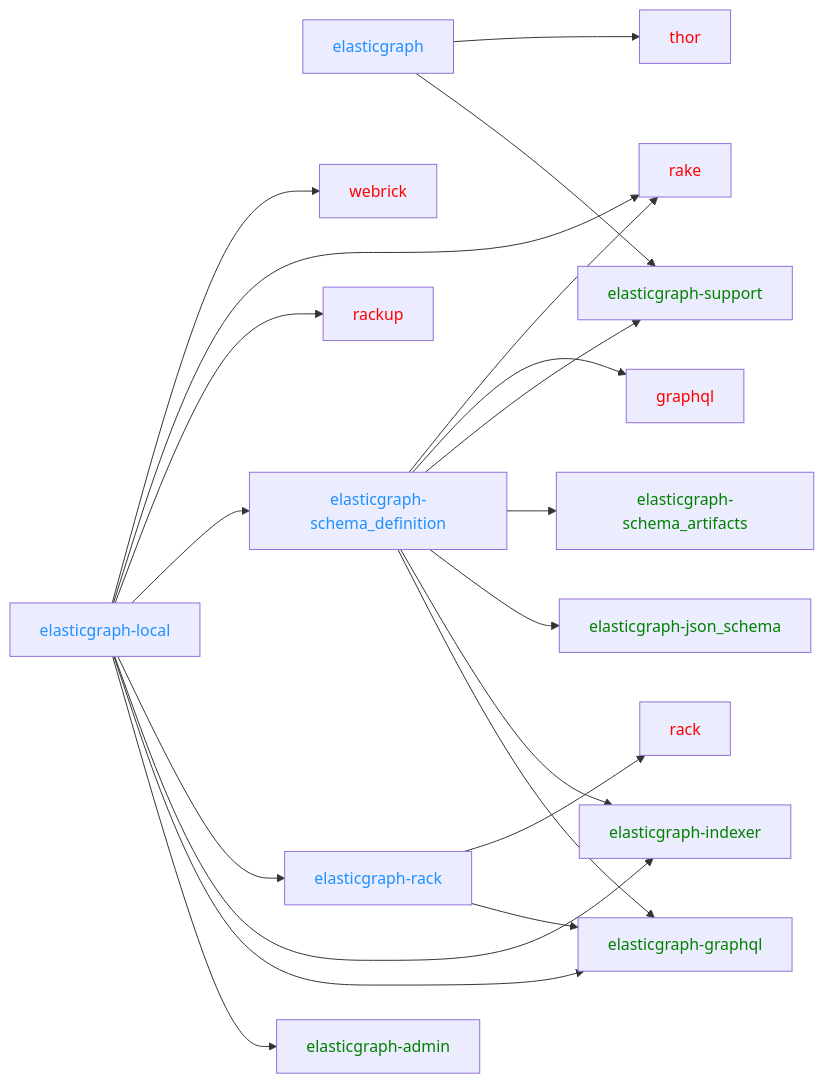
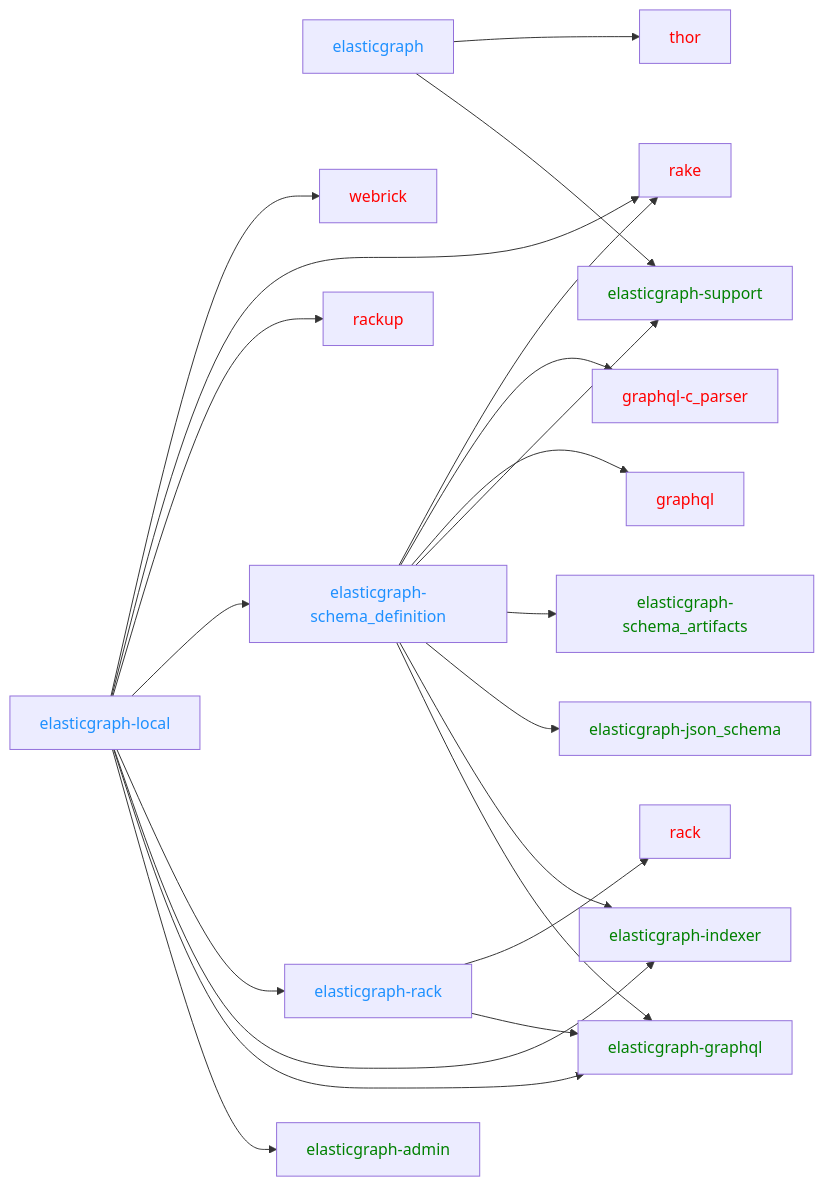
Before and after one commit to ciaran51/elasticgraph: the fifth of 5 diagrams in CODEBASE_OVERVIEW.md, drawn with Mermaid. The commit also changed other lines of this file and 13 other files, not shown here.

First line of the commit message:
Use `graphql-c_parser` for faster parsing. (#491)

````diff
--- a/CODEBASE_OVERVIEW.md
+++ b/CODEBASE_OVERVIEW.md
@@ -167,29 +171,31 @@
 ```mermaid
 graph LR;
     elasticgraph --> elasticgraph-support & thor
     elasticgraph-local --> elasticgraph-admin & elasticgraph-graphql & elasticgraph-indexer & elasticgraph-rack & elasticgraph-schema_definition & rackup & rake & webrick
     elasticgraph-rack --> elasticgraph-graphql & rack
-    elasticgraph-schema_definition --> elasticgraph-graphql & elasticgraph-indexer & elasticgraph-json_schema & elasticgraph-schema_artifacts & elasticgraph-support & graphql & rake
+    elasticgraph-schema_definition --> elasticgraph-graphql & elasticgraph-indexer & elasticgraph-json_schema & elasticgraph-schema_artifacts & elasticgraph-support & graphql & graphql-c_parser & rake
     style elasticgraph color: DodgerBlue;
     style elasticgraph-local color: DodgerBlue;
     style elasticgraph-rack color: DodgerBlue;
     style elasticgraph-schema_definition color: DodgerBlue;
     style elasticgraph-support color: Green;
     style thor color: Red;
     style elasticgraph-admin color: Green;
     style elasticgraph-graphql color: Green;
     style elasticgraph-indexer color: Green;
     style rackup color: Red;
     style rake color: Red;
     style webrick color: Red;
     style rack color: Red;
     style elasticgraph-json_schema color: Green;
     style elasticgraph-schema_artifacts color: Green;
     style graphql color: Red;
+    style graphql-c_parser color: Red;
 click graphql href "https://rubygems.org/gems/graphql"
+click graphql-c_parser href "https://rubygems.org/gems/graphql-c_parser"
 click rack href "https://rubygems.org/gems/rack"
 click rackup href "https://rubygems.org/gems/rackup"
 click rake href "https://rubygems.org/gems/rake"
 click thor href "https://rubygems.org/gems/thor"
 click webrick href "https://rubygems.org/gems/webrick"
 ```
````
